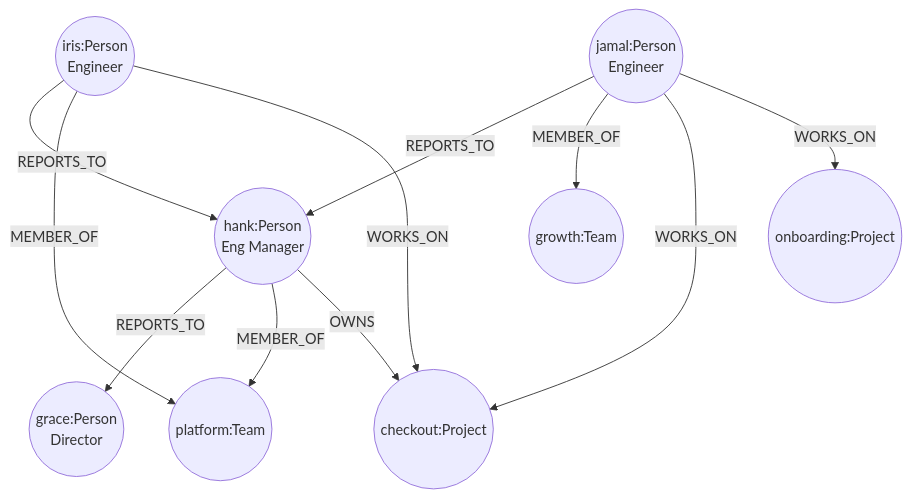
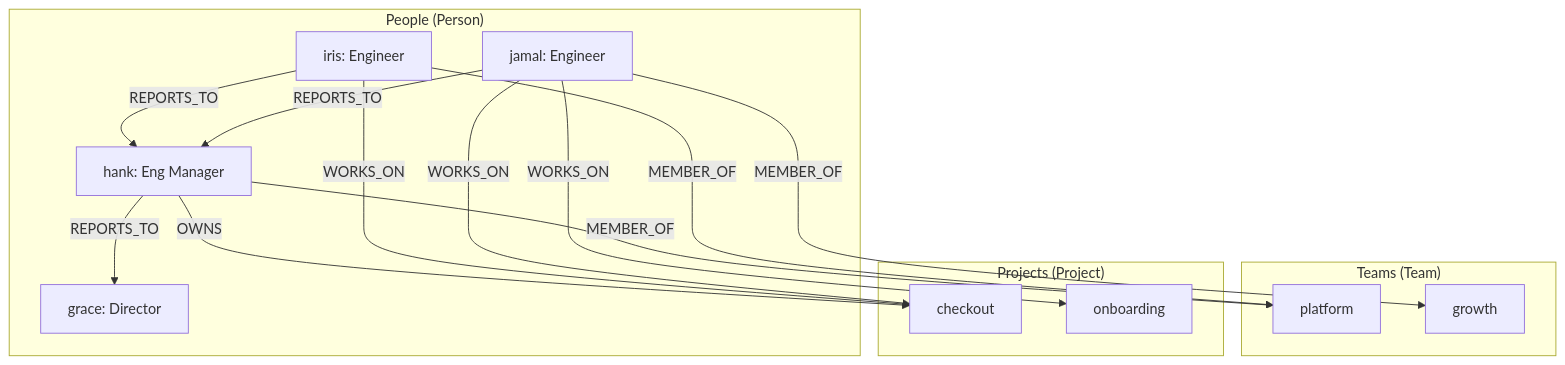
The first of 3 diagrams in src/47_organizational_graph/README.md (xergioalex/agent-lab), drawn with Mermaid before and after one commit. The commit also changed other lines of this file and 64 other files, not shown here.

First line of the commit message:
docs(docs): premium Mermaid diagram pass on all 64 module READMEs

````diff
--- a/src/47_organizational_graph/README.md
+++ b/src/47_organizational_graph/README.md
@@ -57,16 +61,30 @@
 ```mermaid
-graph TD
-    grace((grace:Person<br/>Director)) 
-    hank((hank:Person<br/>Eng Manager)) -->|REPORTS_TO| grace
-    iris((iris:Person<br/>Engineer)) -->|REPORTS_TO| hank
-    jamal((jamal:Person<br/>Engineer)) -->|REPORTS_TO| hank
+flowchart TD
+    subgraph People["People (Person)"]
+        grace["grace: Director"]
+        hank["hank: Eng Manager"]
+        iris["iris: Engineer"]
+        jamal["jamal: Engineer"]
+    end
+    subgraph Teams["Teams (Team)"]
+        platform["platform"]
+        growth["growth"]
+    end
+    subgraph Projects["Projects (Project)"]
+        checkout["checkout"]
+        onboarding["onboarding"]
+    end
 
-    hank -->|MEMBER_OF| platform((platform:Team))
+    hank -->|REPORTS_TO| grace
+    iris -->|REPORTS_TO| hank
+    jamal -->|REPORTS_TO| hank
+
+    hank -->|MEMBER_OF| platform
     iris -->|MEMBER_OF| platform
-    jamal -->|MEMBER_OF| growth((growth:Team))
+    jamal -->|MEMBER_OF| growth
 
-    hank -->|OWNS| checkout((checkout:Project))
+    hank -->|OWNS| checkout
     iris -->|WORKS_ON| checkout
     jamal -->|WORKS_ON| checkout
-    jamal -->|WORKS_ON| onboarding((onboarding:Project))
+    jamal -->|WORKS_ON| onboarding
 ```
````
